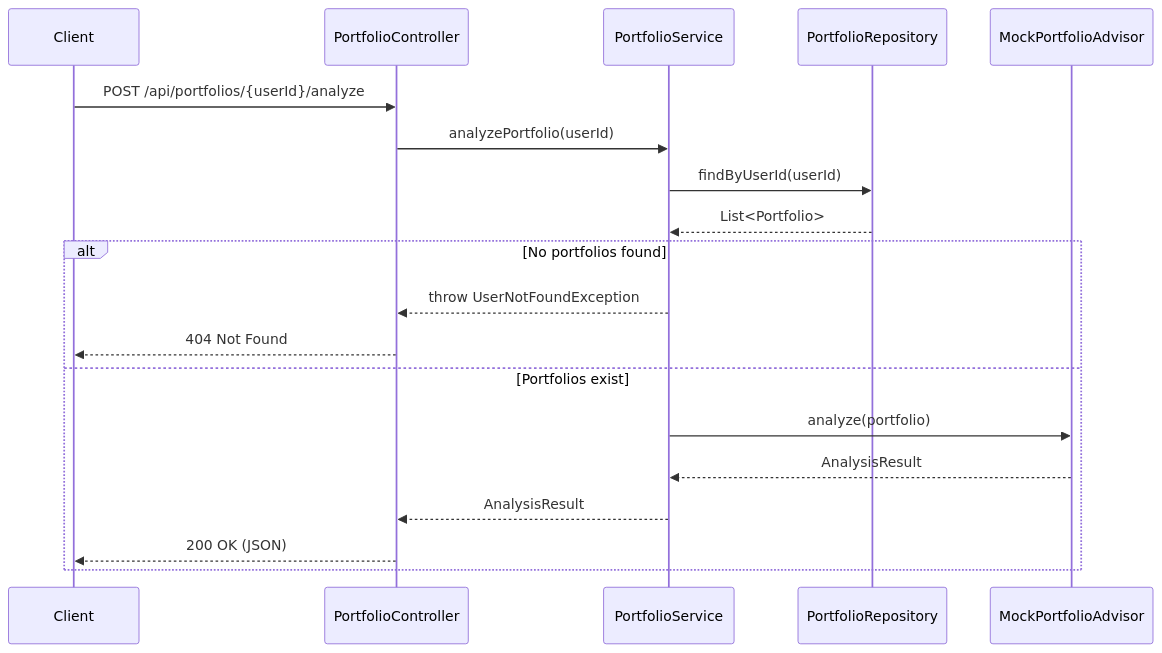
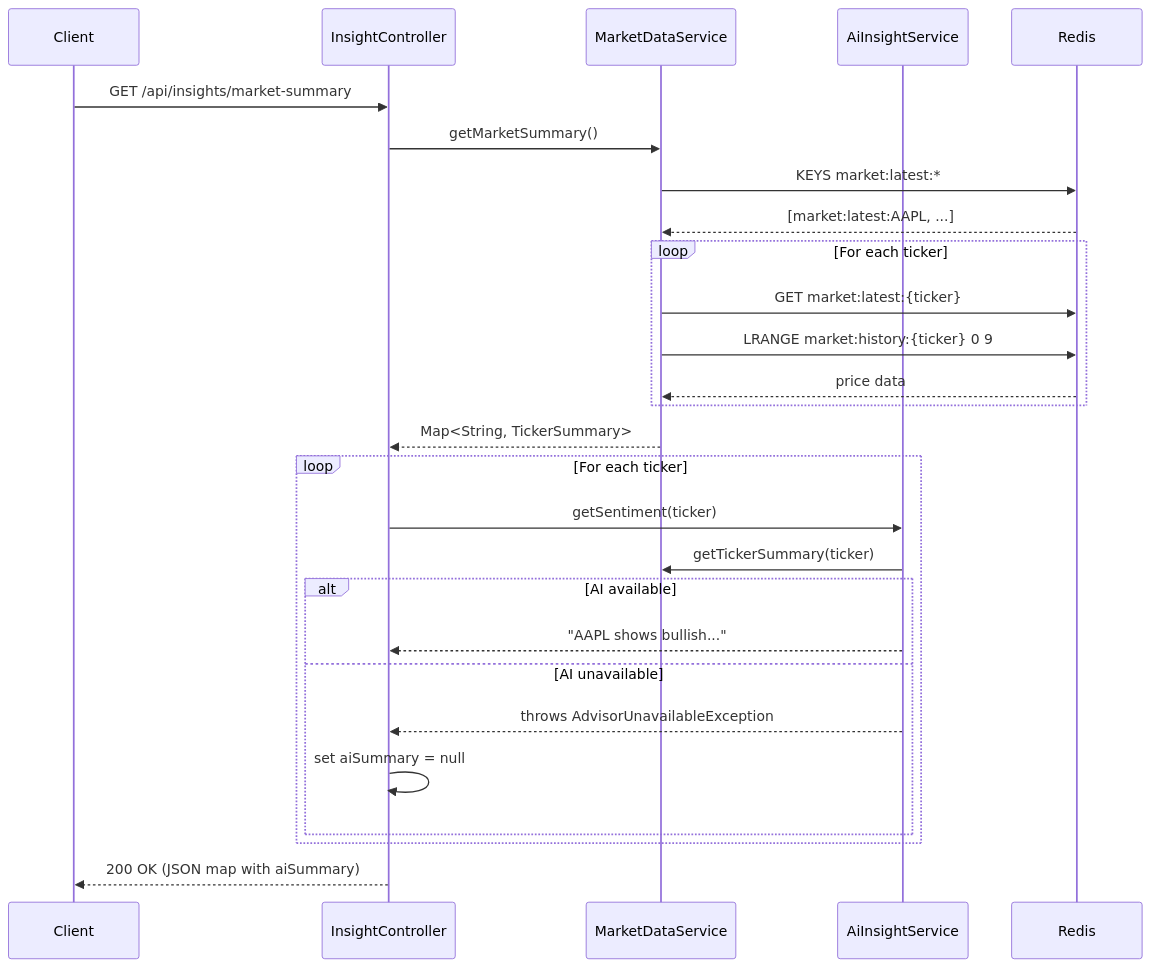
Before and after one commit to vibhanshu-agarwal/wealthmgmtandportfoliotracker: the second of 3 diagrams in .kiro/specs/ai-portfolio-advisor/design.md, drawn with Mermaid. The commit also changed other lines of this file and 27 other files, not shown here.

First line of the commit message:
feat(insight-service): AI Insight Integration, Chat Bot, and full test coverage

````diff
--- a/.kiro/specs/ai-portfolio-advisor/design.md
+++ b/.kiro/specs/ai-portfolio-advisor/design.md
@@ -64,22 +81,30 @@
 ```mermaid
 sequenceDiagram
     participant Client
-    participant PortfolioController
-    participant PortfolioService
-    participant PortfolioRepository
-    participant MockPortfolioAdvisor
+    participant InsightController
+    participant MarketDataService
+    participant AiInsightService
+    participant Redis
 
-    Client->>PortfolioController: POST /api/portfolios/{userId}/analyze
-    PortfolioController->>PortfolioService: analyzePortfolio(userId)
-    PortfolioService->>PortfolioRepository: findByUserId(userId)
-    PortfolioRepository-->>PortfolioService: List<Portfolio>
-    alt No portfolios found
-        PortfolioService-->>PortfolioController: throw UserNotFoundException
-        PortfolioController-->>Client: 404 Not Found
-    else Portfolios exist
-        PortfolioService->>MockPortfolioAdvisor: analyze(portfolio)
-        MockPortfolioAdvisor-->>PortfolioService: AnalysisResult
-        PortfolioService-->>PortfolioController: AnalysisResult
-        PortfolioController-->>Client: 200 OK (JSON)
+    Client->>InsightController: GET /api/insights/market-summary
+    InsightController->>MarketDataService: getMarketSummary()
+    MarketDataService->>Redis: KEYS market:latest:*
+    Redis-->>MarketDataService: [market:latest:AAPL, ...]
+    loop For each ticker
+        MarketDataService->>Redis: GET market:latest:{ticker}
+        MarketDataService->>Redis: LRANGE market:history:{ticker} 0 9
+        Redis-->>MarketDataService: price data
     end
+    MarketDataService-->>InsightController: Map<String, TickerSummary>
+    loop For each ticker
+        InsightController->>AiInsightService: getSentiment(ticker)
+        AiInsightService->>MarketDataService: getTickerSummary(ticker)
+        alt AI available
+            AiInsightService-->>InsightController: "AAPL shows bullish..."
+        else AI unavailable
+            AiInsightService-->>InsightController: throws AdvisorUnavailableException
+            InsightController->>InsightController: set aiSummary = null
+        end
+    end
+    InsightController-->>Client: 200 OK (JSON map with aiSummary)
 ```
````
